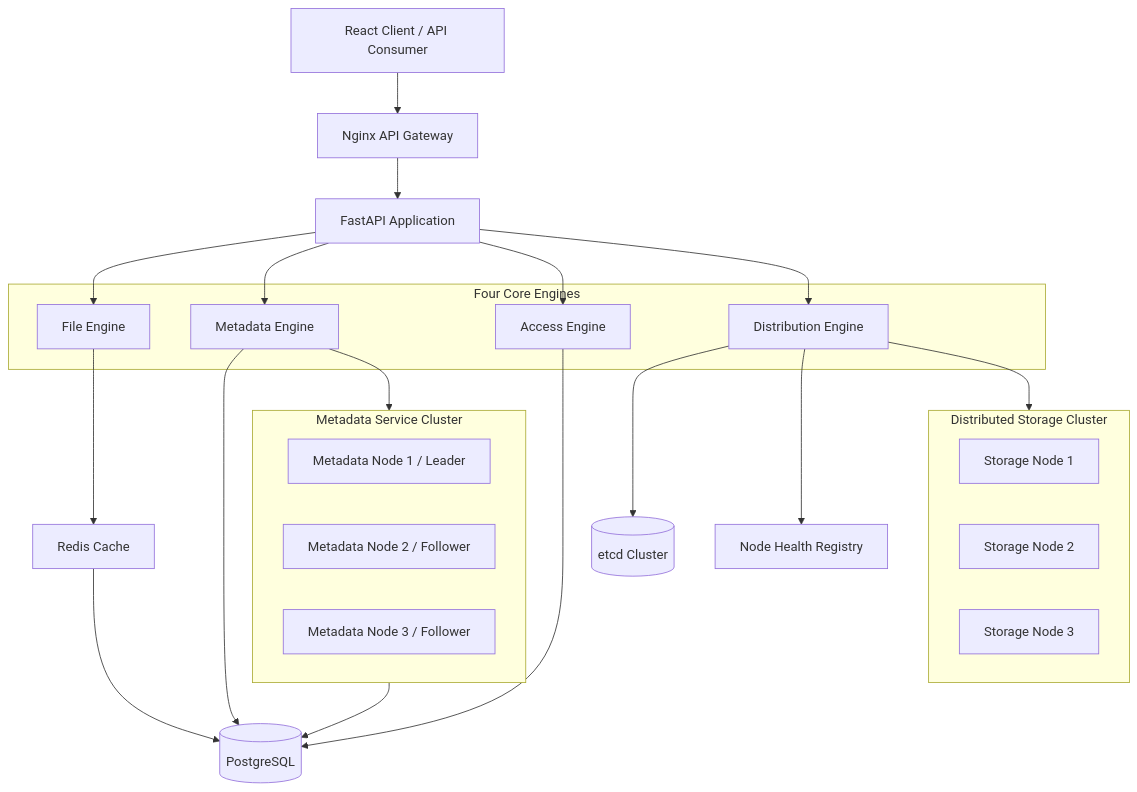
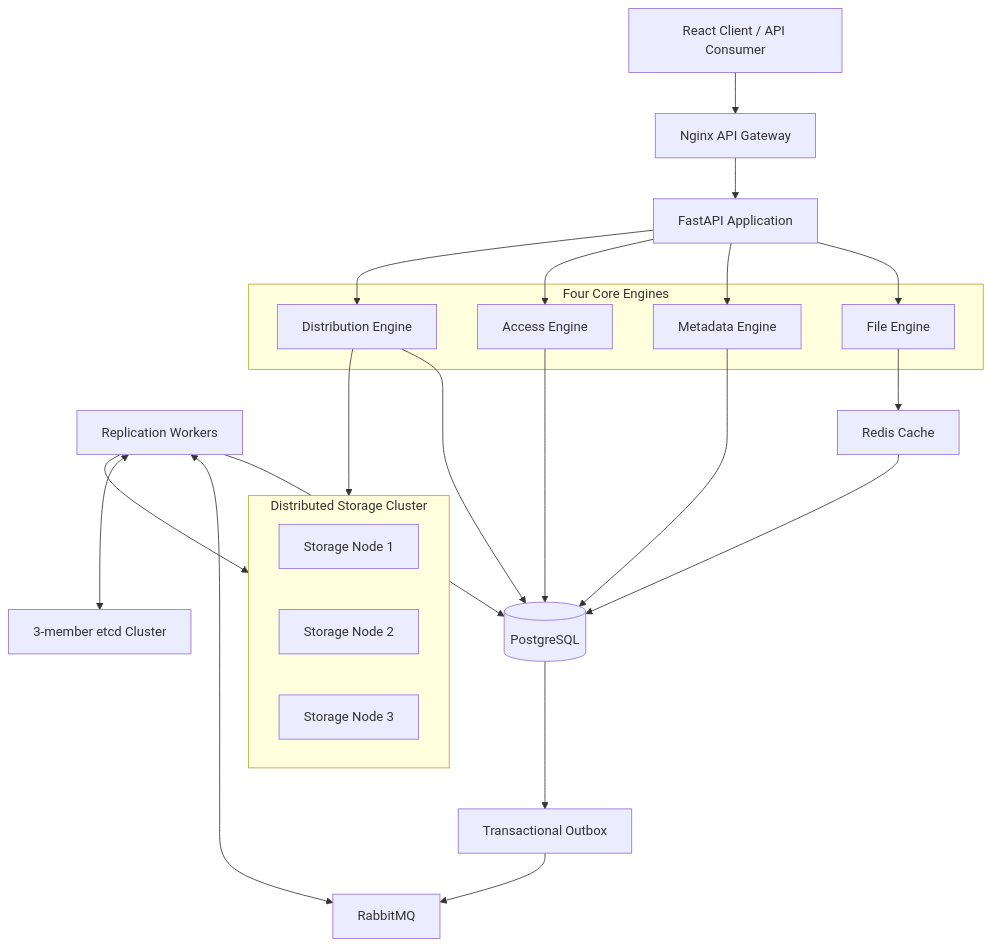
One commit to ronnie0507/distributed-file-management-system changed the diagram in docs/architecture.md. Above: the diagram before and after it, drawn with Mermaid. The commit also changed other lines of this file and 23 other files, not shown here.

````diff
--- a/docs/architecture.md
+++ b/docs/architecture.md
@@ -5,42 +5,38 @@
 ```mermaid
 flowchart TB
     C[React Client / API Consumer] --> G[Nginx API Gateway]
     G --> A[FastAPI Application]
 
     subgraph E[Four Core Engines]
         F[File Engine]
         M[Metadata Engine]
         AC[Access Engine]
         D[Distribution Engine]
     end
 
     A --> F
     A --> M
     A --> AC
     A --> D
 
     M --> PG[(PostgreSQL)]
-    D --> ETCD[(etcd Cluster)]
+    D --> PG
     AC --> PG
-    D --> H[Node Health Registry]
-
-    subgraph MC[Metadata Service Cluster]
-        MN1[Metadata Node 1 / Leader]
-        MN2[Metadata Node 2 / Follower]
-        MN3[Metadata Node 3 / Follower]
-    end
-
-    M --> MC
-    MC --> PG
+    W[Replication Workers] --> PG
+    W <--> MQ[RabbitMQ]
+    W <--> ETCD[3-member etcd Cluster]
+    PG --> O[Transactional Outbox]
+    O --> MQ
 
     subgraph SC[Distributed Storage Cluster]
         SN1[Storage Node 1]
         SN2[Storage Node 2]
         SN3[Storage Node 3]
     end
 
     D --> SC
+    W --> SC
 
     F --> R[Redis Cache]
     R --> PG
 ```
````
